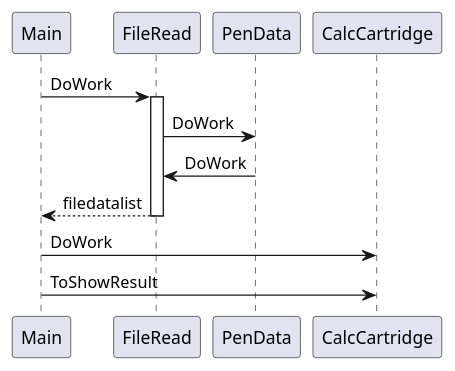
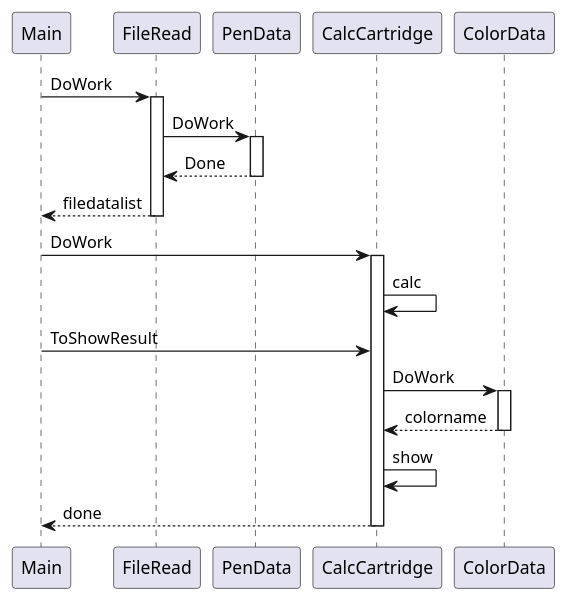
The second of 2 diagrams in 12/src/test2.wsd (m4s4y4/9-), drawn with PlantUML before and after one commit. The commit also changed other lines of this file, not shown here.

```diff
--- a/12/src/test2.wsd
+++ b/12/src/test2.wsd
@@ -38,10 +38,19 @@
 @startuml sequence
 
 Main -> FileRead:DoWork
 activate FileRead
 FileRead -> PenData:DoWork
-PenData -> FileRead:DoWork
+activate PenData
+return Done
 return filedatalist
 Main -> CalcCartridge:DoWork
+activate CalcCartridge
+CalcCartridge -> CalcCartridge:calc
 Main -> CalcCartridge:ToShowResult
+CalcCartridge ->ColorData:DoWork
+activate ColorData
+return colorname
+CalcCartridge -> CalcCartridge:show
+return done
+
 @enduml
```
